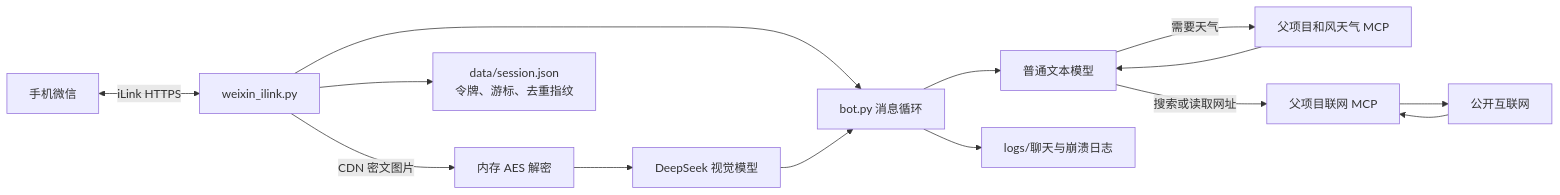
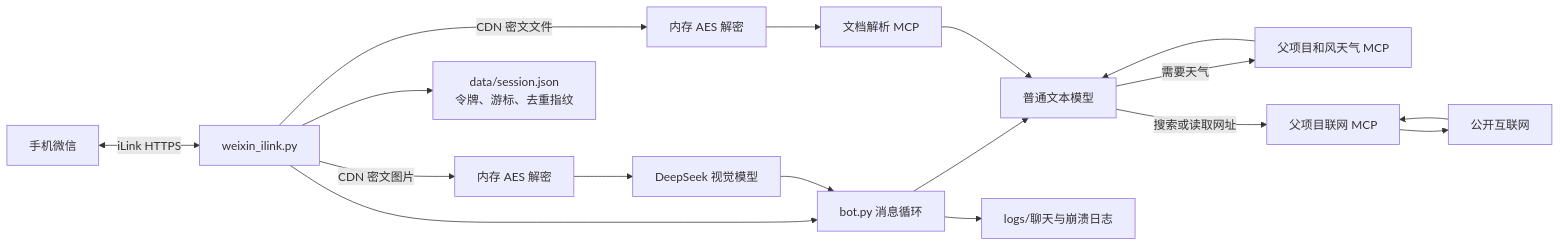
One commit to inmostfly/wechat_astrbot changed the diagram in ilink_catgirl/独立机器人轻量客户端技术文档.md. Above: the diagram before and after it, drawn with Mermaid. The commit also changed other lines of this file and 4 other files, not shown here.

````diff
--- a/ilink_catgirl/独立机器人轻量客户端技术文档.md
+++ b/ilink_catgirl/独立机器人轻量客户端技术文档.md
@@ -36,16 +37,19 @@
 ```mermaid
 flowchart LR
     WX["手机微信"] <-->|"iLink HTTPS"| CH["weixin_ilink.py"]
     CH --> LOOP["bot.py 消息循环"]
     LOOP --> AI["普通文本模型"]
     CH -->|"CDN 密文图片"| DEC["内存 AES 解密"]
     DEC --> VISION["DeepSeek 视觉模型"]
     VISION --> LOOP
+    CH -->|"CDN 密文文件"| FDEC["内存 AES 解密"]
+    FDEC --> DOC["文档解析 MCP"]
+    DOC --> AI
     AI -->|"需要天气"| MCP["父项目和风天气 MCP"]
     MCP --> AI
     AI -->|"搜索或读取网址"| WEB["父项目联网 MCP"]
     WEB --> Internet["公开互联网"]
     Internet --> WEB
     LOOP --> LOG["logs/聊天与崩溃日志"]
     CH --> STATE["data/session.json\n令牌、游标、去重指纹"]
 ```
````
